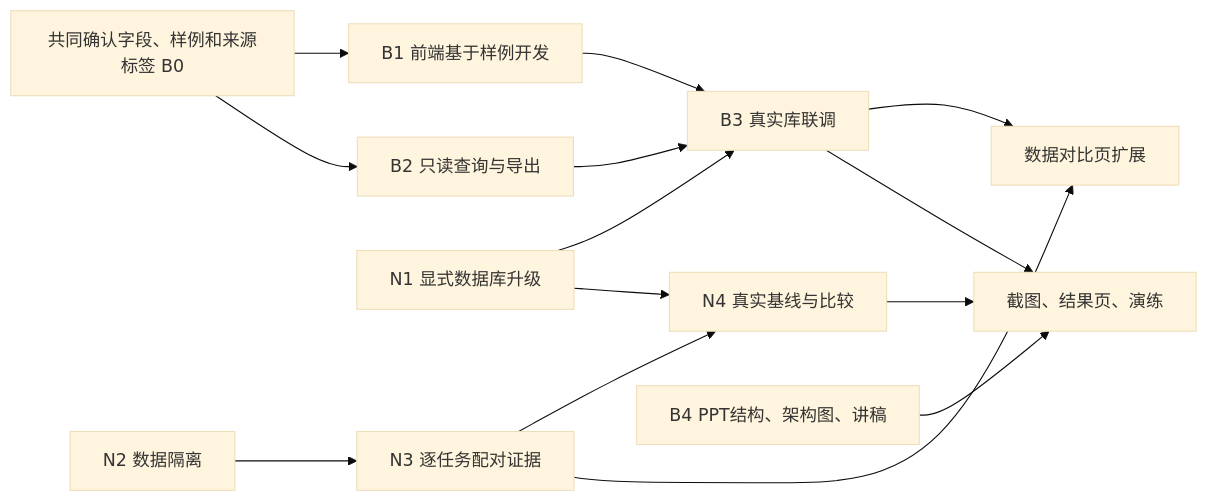
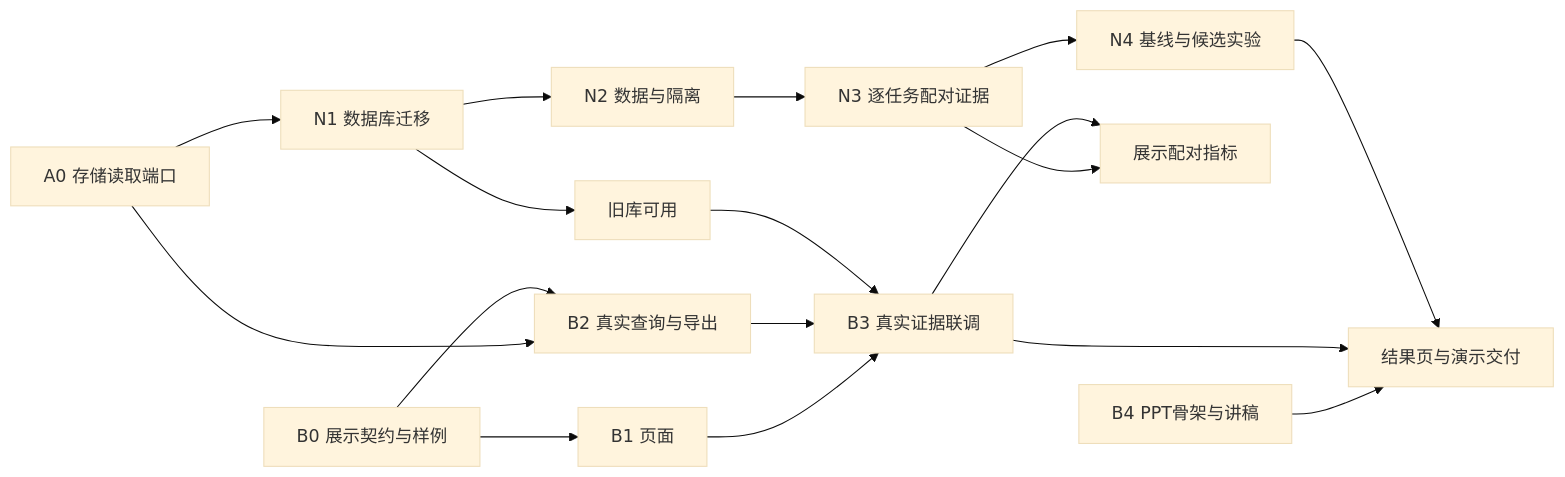
One commit to Zhong0118/EvoTeam changed the diagram in docs/NEXT_STEPS.md. Above: the diagram before and after it, drawn with Mermaid (base theme). The commit also changed other lines of this file and 3 other files, not shown here.

````diff
--- a/docs/NEXT_STEPS.md
+++ b/docs/NEXT_STEPS.md
@@ -48,16 +25,19 @@
 ```mermaid
 flowchart LR
-    C[共同确认字段、样例和来源标签 B0] --> U[B1 前端基于样例开发]
-    C --> R[B2 只读查询与导出]
-    N1[N1 显式数据库升级] --> J[B3 真实库联调]
-    U --> J
-    R --> J
-    N2[N2 数据隔离] --> N3[N3 逐任务配对证据]
-    N1 --> N4[N4 真实基线与比较]
-    N3 --> N4
-    N3 --> D[数据对比页扩展]
-    J --> D
-    P[B4 PPT结构、架构图、讲稿] --> F[截图、结果页、演练]
-    J --> F
-    N4 --> F
+    A0[A0 存储读取端口] --> B2[B2 真实查询与导出]
+    A0 --> N1[N1 数据库迁移]
+    N1 --> N2[N2 数据与隔离]
+    N2 --> N3[N3 逐任务配对证据]
+    N3 --> N4[N4 基线与候选实验]
+    B0[B0 展示契约与样例] --> B1[B1 页面]
+    B0 --> B2
+    B1 --> B3[B3 真实证据联调]
+    B2 --> B3
+    N1 --> OLD[旧库可用]
+    OLD --> B3
+    N3 --> METRICS[展示配对指标]
+    B3 --> METRICS
+    B4[B4 PPT骨架与讲稿] --> FINAL[结果页与演示交付]
+    B3 --> FINAL
+    N4 --> FINAL
 ```
````
